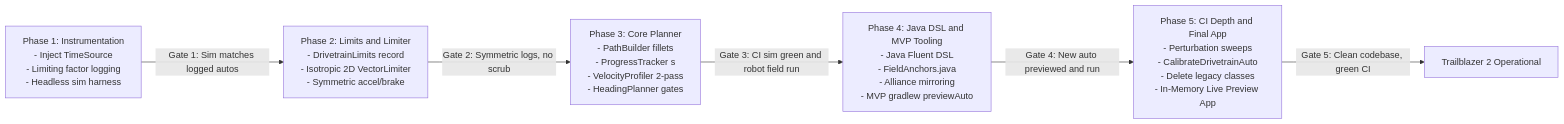
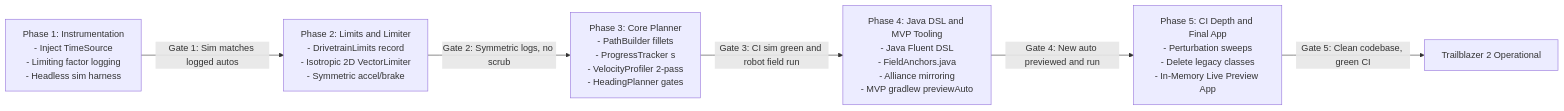
One commit to team581/offseason-2026 changed the diagram in shared/src/main/java/com/team581/trailblazer2/planning/08-implementation-roadmap-and-migration.md. Above: the diagram before and after it, drawn with Mermaid. The commit also changed other lines of this file and 10 other files, not shown here.

````diff
--- a/shared/src/main/java/com/team581/trailblazer2/planning/08-implementation-roadmap-and-migration.md
+++ b/shared/src/main/java/com/team581/trailblazer2/planning/08-implementation-roadmap-and-migration.md
@@ -24,8 +24,8 @@
 ```mermaid
 flowchart LR
     P1["Phase 1: Instrumentation<br/>- Inject TimeSource<br/>- Limiting factor logging<br/>- Headless sim harness"] -->|"Gate 1: Sim matches logged autos"| P2["Phase 2: Limits and Limiter<br/>- DrivetrainLimits record<br/>- Isotropic 2D VectorLimiter<br/>- Symmetric accel/brake"]
     P2 -->|"Gate 2: Symmetric logs, no scrub"| P3["Phase 3: Core Planner<br/>- PathBuilder fillets<br/>- ProgressTracker s<br/>- VelocityProfiler 2-pass<br/>- HeadingPlanner gates"]
     P3 -->|"Gate 3: CI sim green and robot field run"| P4["Phase 4: Java DSL and MVP Tooling<br/>- Java Fluent DSL<br/>- FieldAnchors.java<br/>- Alliance mirroring<br/>- MVP gradlew previewAuto"]
-    P4 -->|"Gate 4: New auto previewed and run"| P5["Phase 5: CI Depth and Final App<br/>- Perturbation sweeps<br/>- CalibrateDrivetrainAuto<br/>- Delete legacy classes<br/>- In-Memory Live Preview App"]
+    P4 -->|"Gate 4: New auto previewed and run"| P5["Phase 5: CI Depth and Final App<br/>- Perturbation sweeps<br/>- Delete legacy classes<br/>- In-Memory Live Preview App"]
     P5 -->|"Gate 5: Clean codebase, green CI"| Done["Trailblazer 2 Operational"]
 ```
````
